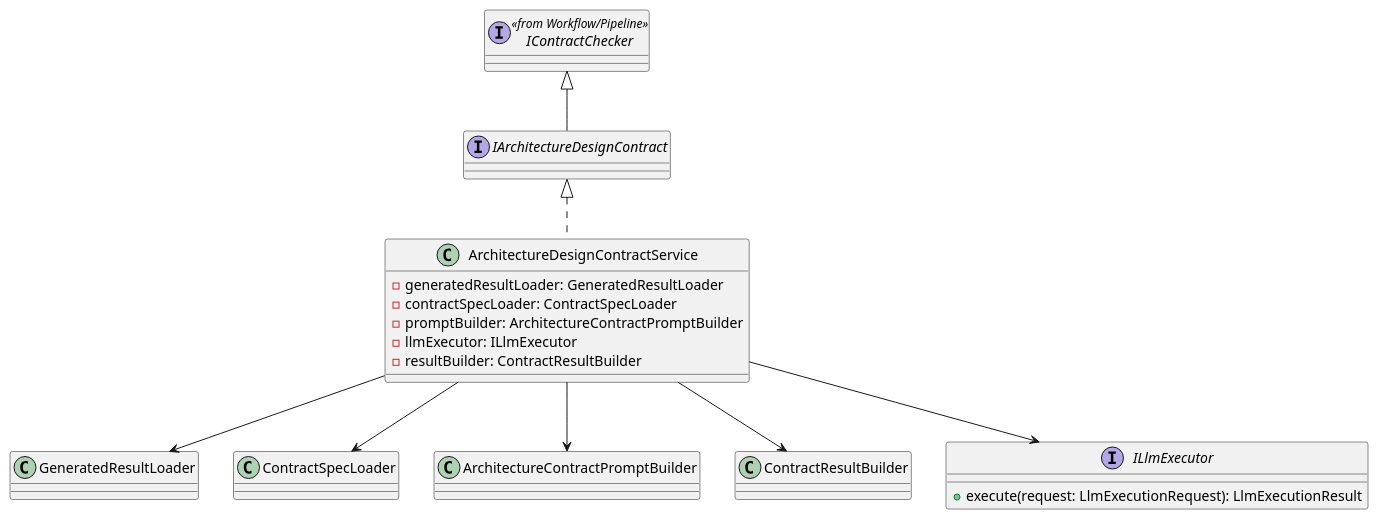
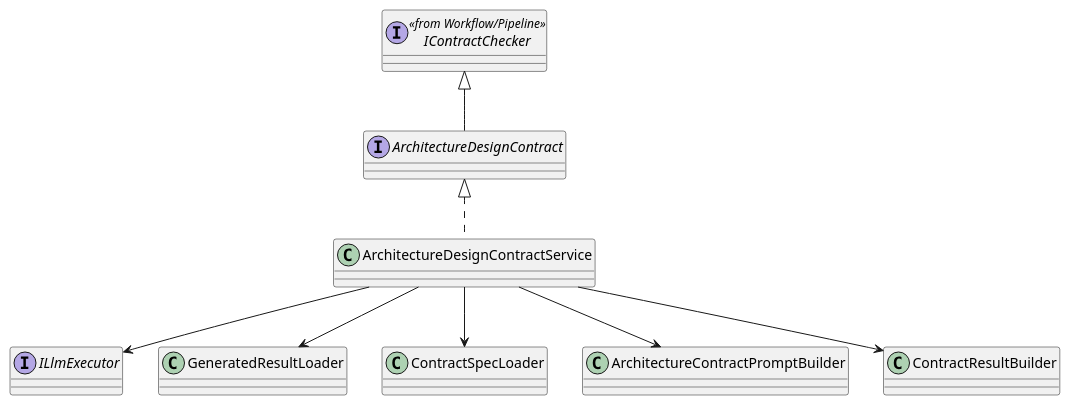
One commit to lucky-chen/ai_workflow_travel changed the first of 2 diagrams in meta_layer/docs/design_docs/Contract/ArchitectureDesignContract.md. Above: the diagram before and after it, drawn with PlantUML. The commit also changed other lines of this file and 7 other files, not shown here.

First line of the commit message:
[AI] gpt-5.4: unify document stage contract design

````diff
--- a/meta_layer/docs/design_docs/Contract/ArchitectureDesignContract.md
+++ b/meta_layer/docs/design_docs/Contract/ArchitectureDesignContract.md
@@ -39,31 +38,21 @@
 ```plantuml
 @startuml
-interface IArchitectureDesignContract {}
+interface IContractChecker <<from Workflow/Pipeline>>
+interface ArchitectureDesignContract
+interface ILlmExecutor
 
-class ArchitectureDesignContractService {
-  -generatedResultLoader: GeneratedResultLoader
-  -contractSpecLoader: ContractSpecLoader
-  -promptBuilder: ArchitectureContractPromptBuilder
-  -llmExecutor: ILlmExecutor
-  -resultBuilder: ContractResultBuilder
-}
-
+class ArchitectureDesignContractService
 class GeneratedResultLoader
 class ContractSpecLoader
 class ArchitectureContractPromptBuilder
 class ContractResultBuilder
 
-interface ILlmExecutor {
-  +execute(request: LlmExecutionRequest): LlmExecutionResult
-}
-
-interface IContractChecker <<from Workflow/Pipeline>>
-IContractChecker <|-- IArchitectureDesignContract
-IArchitectureDesignContract <|.. ArchitectureDesignContractService
+IContractChecker <|-- ArchitectureDesignContract
+ArchitectureDesignContract <|.. ArchitectureDesignContractService
 ArchitectureDesignContractService --> GeneratedResultLoader
 ArchitectureDesignContractService --> ContractSpecLoader
 ArchitectureDesignContractService --> ArchitectureContractPromptBuilder
 ArchitectureDesignContractService --> ILlmExecutor
 ArchitectureDesignContractService --> ContractResultBuilder
 @enduml
 ```
````
